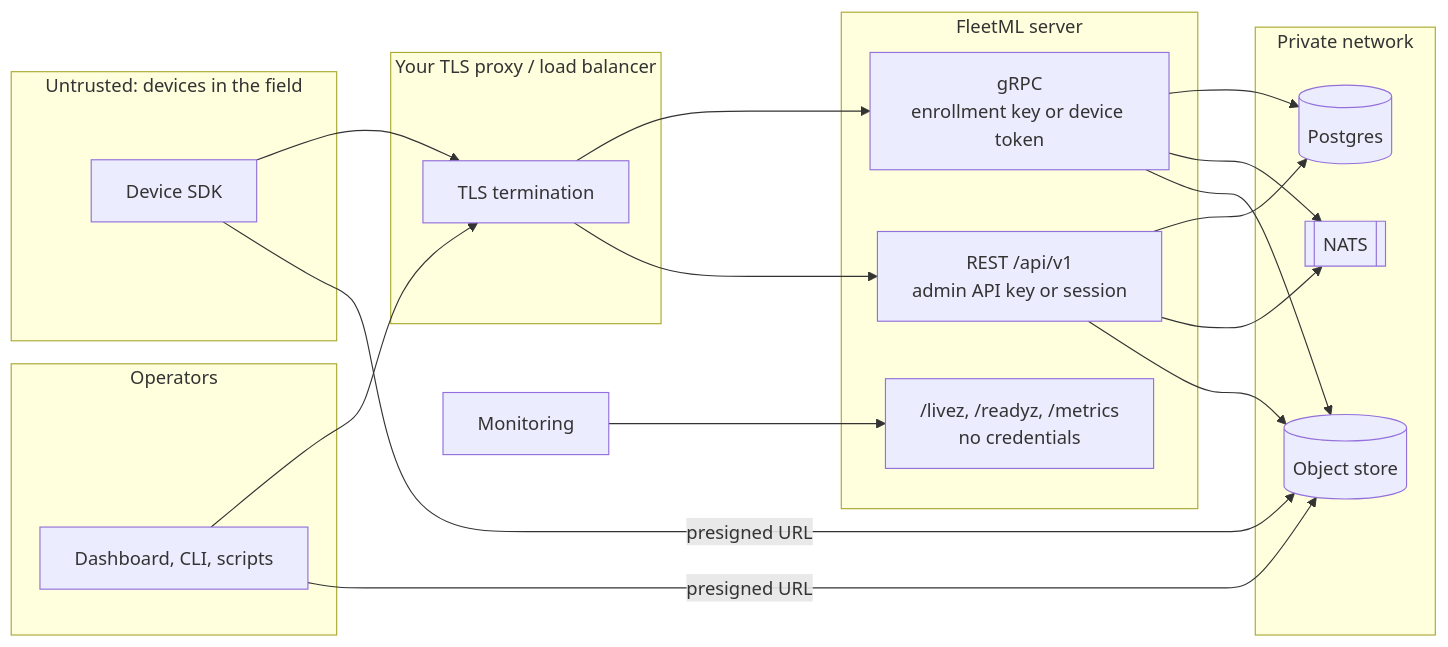
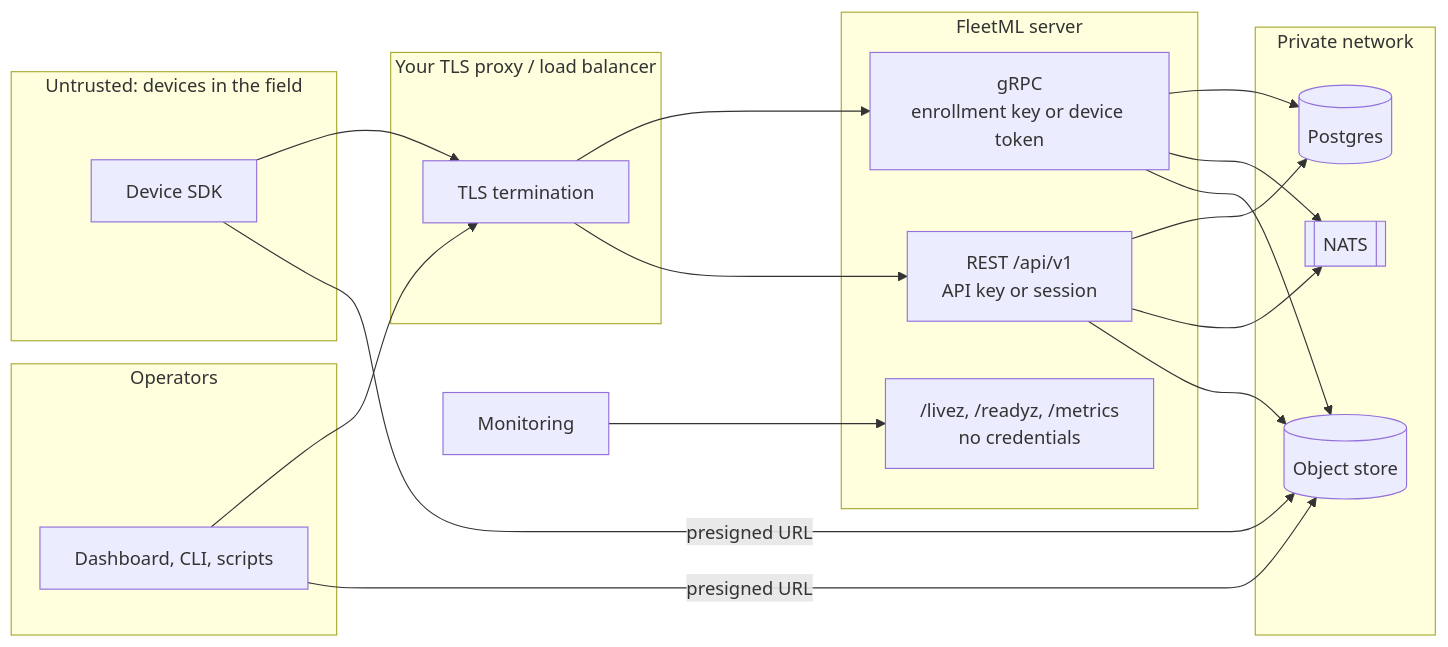
One commit to fleetml/fleetml changed the eighth of 8 diagrams in docs/ARCHITECTURE.md. Above: the diagram before and after it, drawn with Mermaid. The commit also changed other lines of this file and 6 other files, not shown here.

````diff
--- a/docs/ARCHITECTURE.md
+++ b/docs/ARCHITECTURE.md
@@ -378,28 +378,28 @@
 ```mermaid
 flowchart LR
   subgraph untrusted[Untrusted: devices in the field]
     dev[Device SDK]
   end
   subgraph ops[Operators]
     op[Dashboard, CLI, scripts]
   end
   subgraph edge[Your TLS proxy / load balancer]
     tls[TLS termination]
   end
   subgraph core[FleetML server]
-    restb[REST /api/v1<br/>admin API key or session]
+    restb[REST /api/v1<br/>API key or session]
     probes["/livez, /readyz, /metrics<br/>no credentials"]
     grpcb[gRPC<br/>enrollment key or device token]
   end
   subgraph data[Private network]
     pgb[(Postgres)]
     natsb[[NATS]]
     s3b[(Object store)]
   end
   dev --> tls --> grpcb
   op --> tls --> restb
   monitor[Monitoring] --> probes
   dev -- presigned URL --> s3b
   op -- presigned URL --> s3b
   restb & grpcb --> pgb & natsb & s3b
 ```
````
